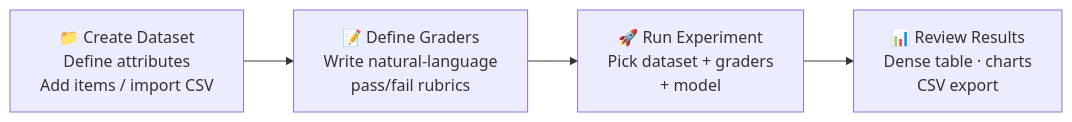
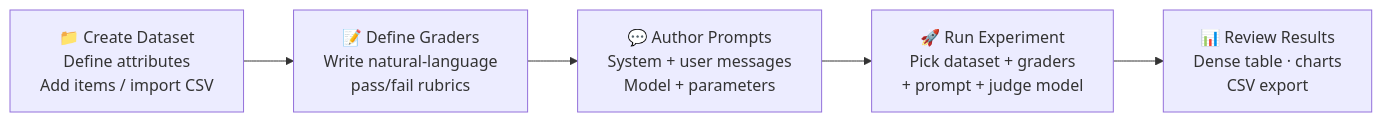
Before and after one commit to josorio7122/eval-harness: the first of 2 diagrams in README.md, drawn with Mermaid. The commit also changed other lines of this file and 2 other files, not shown here.

First line of the commit message:
docs: update system flow and pipeline description across all docs

````diff
--- a/README.md
+++ b/README.md
@@ -20,9 +20,10 @@
 ```mermaid
 flowchart LR
     A["📁 Create Dataset<br/>Define attributes<br/>Add items / import CSV"]
     B["📝 Define Graders<br/>Write natural-language<br/>pass/fail rubrics"]
-    C["🚀 Run Experiment<br/>Pick dataset + graders<br/>+ model"]
+    P["💬 Author Prompts<br/>System + user messages<br/>Model + parameters"]
+    C["🚀 Run Experiment<br/>Pick dataset + graders<br/>+ prompt + judge model"]
     D["📊 Review Results<br/>Dense table · charts<br/>CSV export"]
 
-    A --> B --> C --> D
+    A --> B --> P --> C --> D
 ```
````
